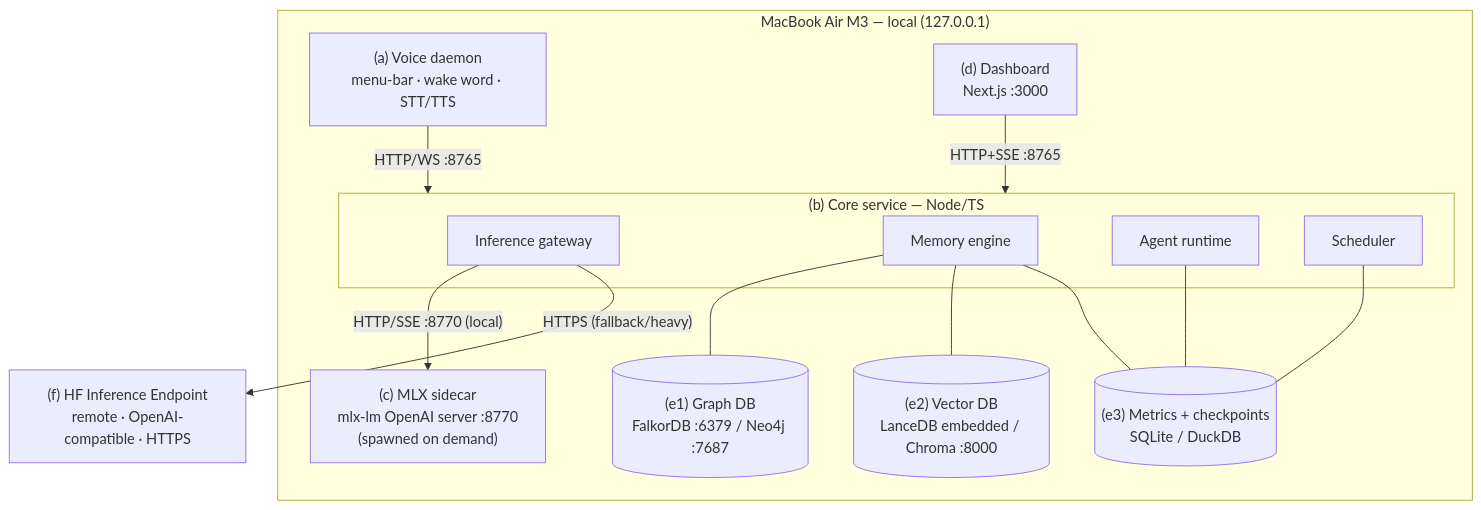
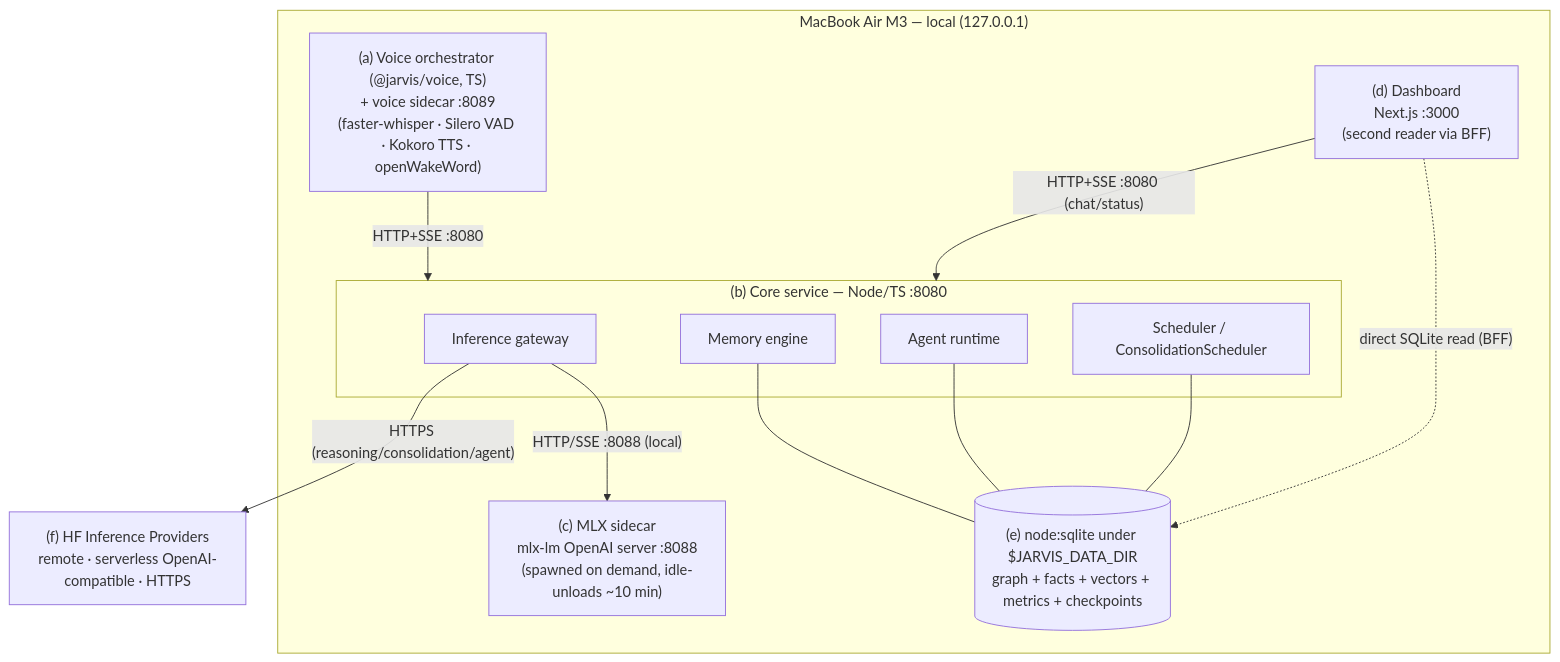
Before and after one commit to Anirudh-Sridharan/Jarvis: the diagram in architecture/deployment.md, drawn with Mermaid. The commit also changed other lines of this file, not shown here.

First line of the commit message:
docs(04-01): correct deployment.md §1 topology to real node:sqlite stack

````diff
--- a/architecture/deployment.md
+++ b/architecture/deployment.md
@@ -46,28 +52,25 @@
 ```mermaid
 flowchart TB
   subgraph Mac["MacBook Air M3 — local (127.0.0.1)"]
-    VD["(a) Voice daemon<br/>menu-bar · wake word · STT/TTS"]
-    subgraph Core["(b) Core service — Node/TS"]
+    VO["(a) Voice orchestrator (@jarvis/voice, TS)<br/>+ voice sidecar :8089<br/>(faster-whisper · Silero VAD · Kokoro TTS · openWakeWord)"]
+    subgraph Core["(b) Core service — Node/TS :8080"]
       GW["Inference gateway"]
       MEM["Memory engine"]
       AG["Agent runtime"]
-      SCH["Scheduler"]
+      SCH["Scheduler / ConsolidationScheduler"]
     end
-    SC["(c) MLX sidecar<br/>mlx-lm OpenAI server :8770<br/>(spawned on demand)"]
-    DASH["(d) Dashboard<br/>Next.js :3000"]
-    GDB[("(e1) Graph DB<br/>FalkorDB :6379 / Neo4j :7687")]
-    VDB[("(e2) Vector DB<br/>LanceDB embedded / Chroma :8000")]
-    SDB[("(e3) Metrics + checkpoints<br/>SQLite / DuckDB")]
+    SC["(c) MLX sidecar<br/>mlx-lm OpenAI server :8088<br/>(spawned on demand, idle-unloads ~10 min)"]
+    DASH["(d) Dashboard<br/>Next.js :3000<br/>(second reader via BFF)"]
+    SDB[("(e) node:sqlite under $JARVIS_DATA_DIR<br/>graph + facts + vectors + metrics + checkpoints")]
   end
-  HF["(f) HF Inference Endpoint<br/>remote · OpenAI-compatible · HTTPS"]
+  HF["(f) HF Inference Providers<br/>remote · serverless OpenAI-compatible · HTTPS"]
 
-  VD -- "HTTP/WS :8765" --> Core
-  DASH -- "HTTP+SSE :8765" --> Core
-  GW -- "HTTP/SSE :8770 (local)" --> SC
-  GW -- "HTTPS (fallback/heavy)" --> HF
-  MEM --- GDB
-  MEM --- VDB
+  VO -- "HTTP+SSE :8080" --> Core
+  DASH -- "HTTP+SSE :8080 (chat/status)" --> Core
+  DASH -. "direct SQLite read (BFF)" .-> SDB
+  GW -- "HTTP/SSE :8088 (local)" --> SC
+  GW -- "HTTPS (reasoning/consolidation/agent)" --> HF
+  MEM --- SDB
   AG --- SDB
   SCH --- SDB
-  MEM --- SDB
 ```
````
